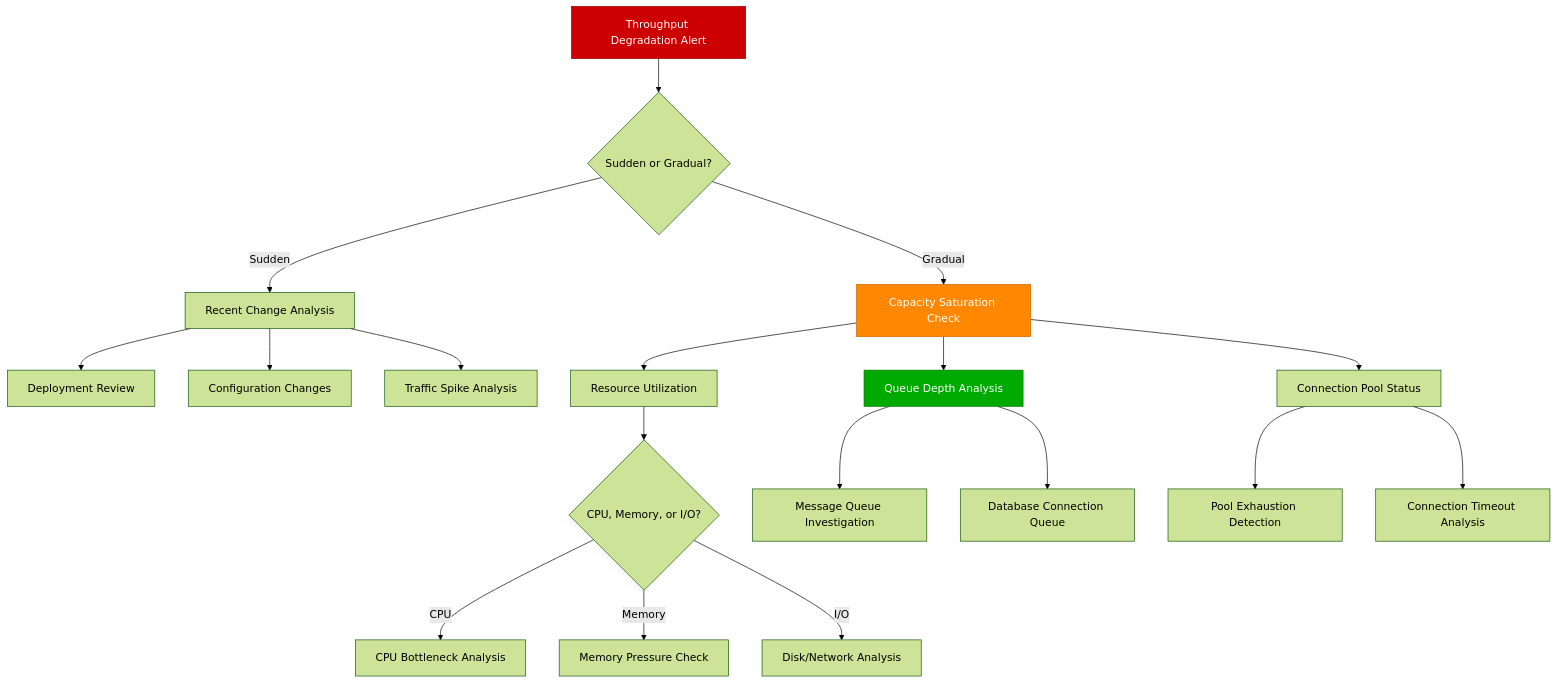
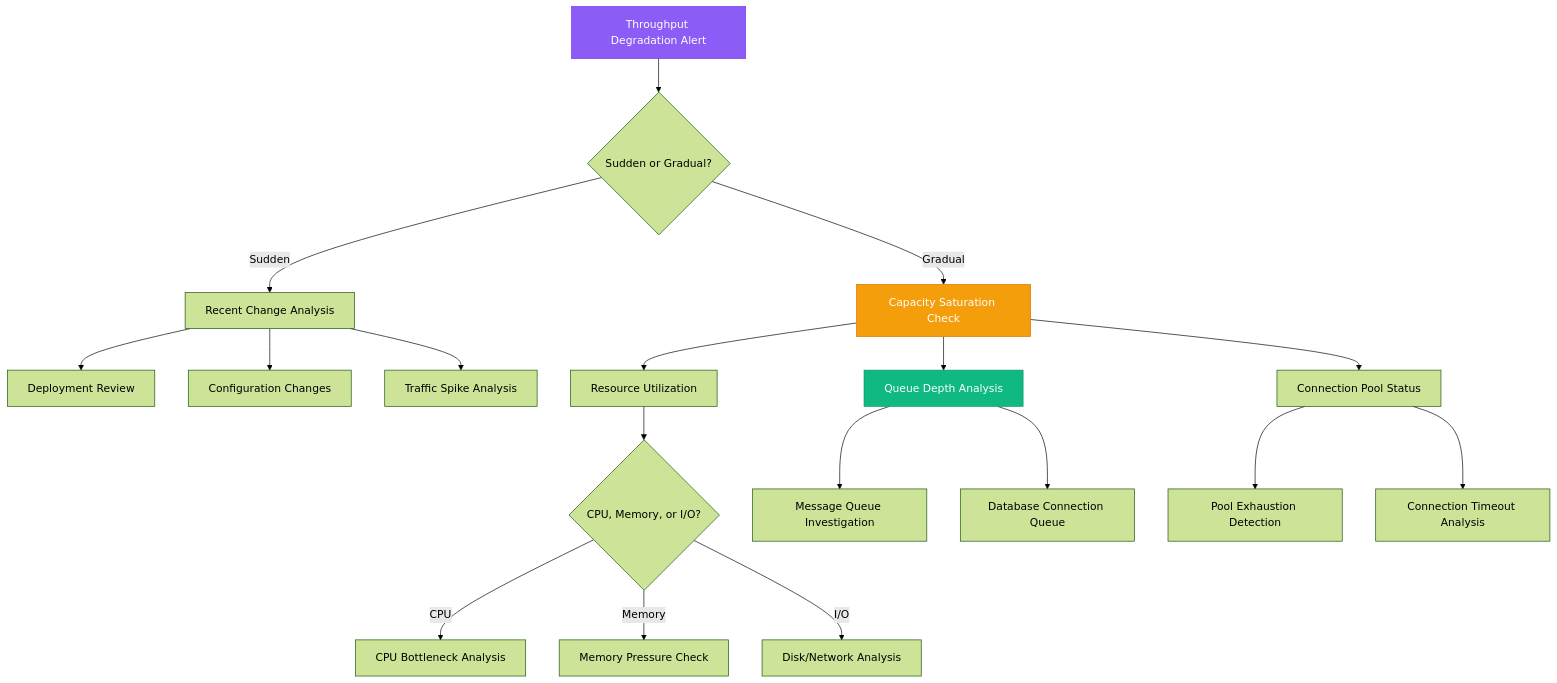
The diagram in site/docs/debugging/throughput-degradation.md (deepaucksharma/DS), drawn with Mermaid (forest theme) before and after one commit. The commit also changed 303 other files, not shown here.

````diff
--- a/site/docs/debugging/throughput-degradation.md
+++ b/site/docs/debugging/throughput-degradation.md
@@ -11,29 +11,29 @@
 ```mermaid
 graph TD
     A[Throughput Degradation Alert] --> B{Sudden or Gradual?}
     B -->|Sudden| C[Recent Change Analysis]
     B -->|Gradual| D[Capacity Saturation Check]
 
     C --> E[Deployment Review]
     C --> F[Configuration Changes]
     C --> G[Traffic Spike Analysis]
 
     D --> H[Resource Utilization]
     D --> I[Queue Depth Analysis]
     D --> J[Connection Pool Status]
 
     H --> K{CPU, Memory, or I/O?}
     K -->|CPU| L[CPU Bottleneck Analysis]
     K -->|Memory| M[Memory Pressure Check]
     K -->|I/O| N[Disk/Network Analysis]
 
     I --> O[Message Queue Investigation]
     I --> P[Database Connection Queue]
 
     J --> Q[Pool Exhaustion Detection]
     J --> R[Connection Timeout Analysis]
 
-    style A fill:#CC0000,stroke:#990000,color:#fff
-    style D fill:#FF8800,stroke:#CC6600,color:#fff
-    style I fill:#00AA00,stroke:#007700,color:#fff
+    style A fill:#8B5CF6,stroke:#7C3AED,color:#fff
+    style D fill:#F59E0B,stroke:#D97706,color:#fff
+    style I fill:#10B981,stroke:#059669,color:#fff
 ```
````
